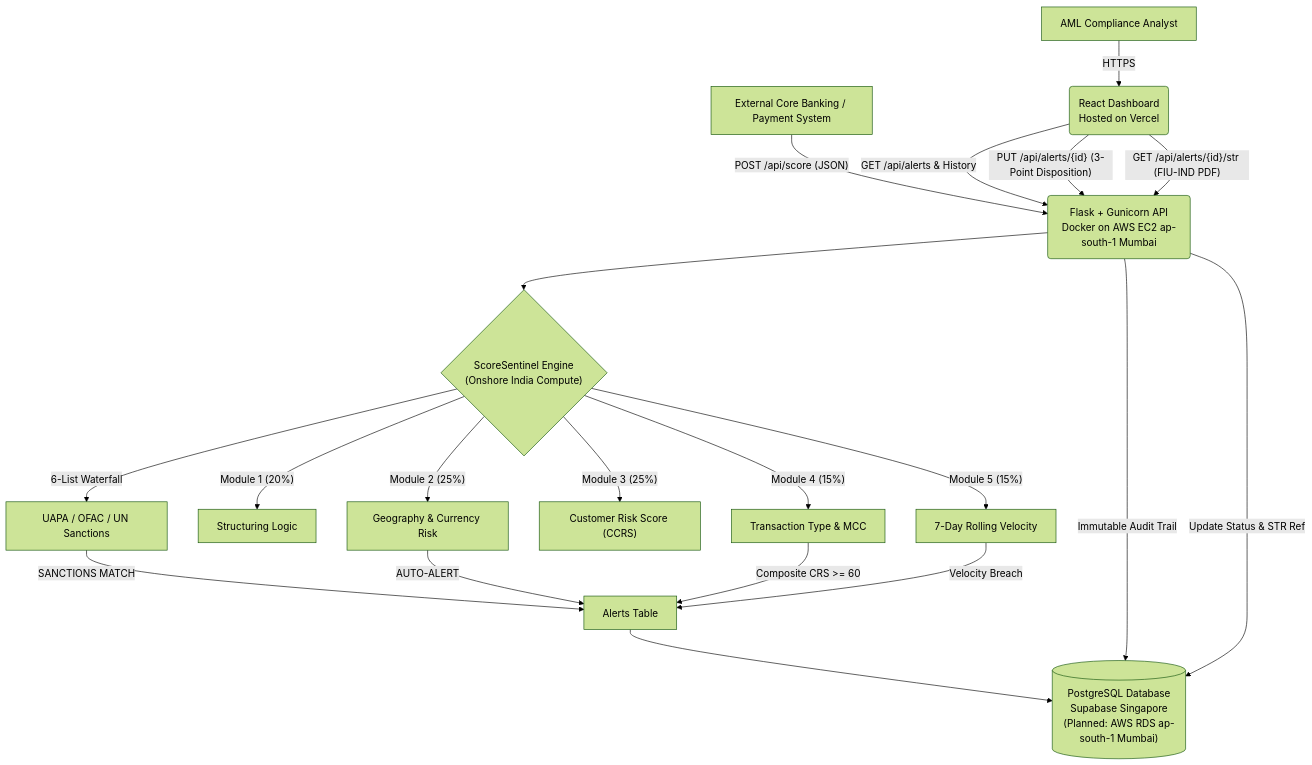
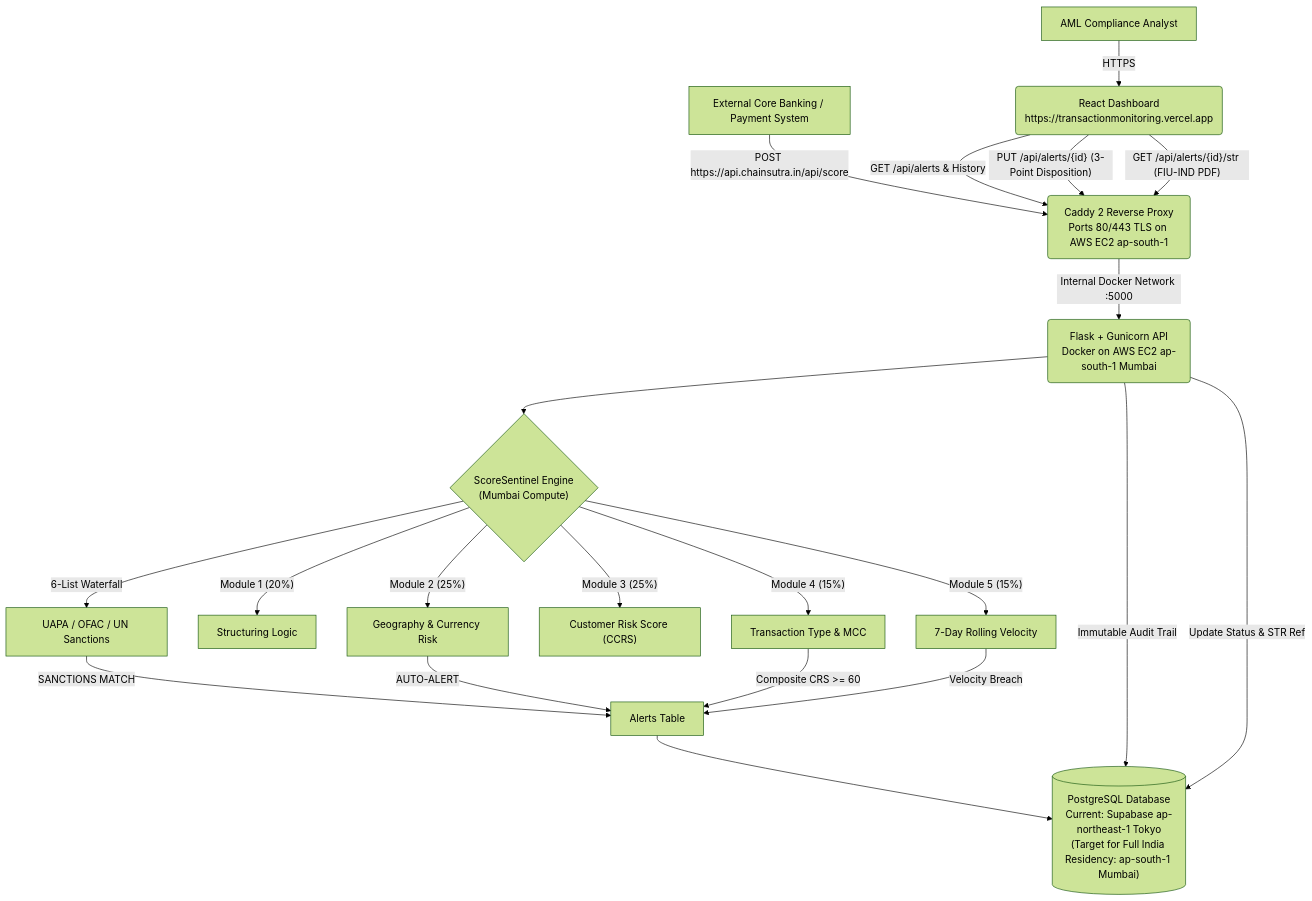
One commit to atulkrishnan18-wq/transactionmonitoring changed the diagram in docs/TECH_STACK_EXPLAINED.md. Above: the diagram before and after it, drawn with Mermaid (forest theme). The commit also changed other lines of this file and 21 other files, not shown here.

Commit message:
chore(deploy): harden AWS Mumbai deployment, Caddy TLS, startup key check, and STR demo header

````diff
--- a/docs/TECH_STACK_EXPLAINED.md
+++ b/docs/TECH_STACK_EXPLAINED.md
@@ -57,25 +60,26 @@
 ```mermaid
 graph TD
-    A["External Core Banking / Payment System"] -->|"POST /api/score (JSON)"| B("Flask + Gunicorn API<br/>Docker on AWS EC2 ap-south-1 Mumbai")
-    B --> C{"ScoreSentinel Engine<br/>(Onshore India Compute)"}
+    A["External Core Banking / Payment System"] -->|"POST https://api.chainsutra.in/api/score"| P("Caddy 2 Reverse Proxy<br/>Ports 80/443 TLS on AWS EC2 ap-south-1")
+    P -->|"Internal Docker Network :5000"| B("Flask + Gunicorn API<br/>Docker on AWS EC2 ap-south-1 Mumbai")
+    B --> C{"ScoreSentinel Engine<br/>(Mumbai Compute)"}
     C -->|"6-List Waterfall"| S["UAPA / OFAC / UN Sanctions"]
     C -->|"Module 1 (20%)"| D["Structuring Logic"]
     C -->|"Module 2 (25%)"| E["Geography & Currency Risk"]
     C -->|"Module 3 (25%)"| F["Customer Risk Score (CCRS)"]
     C -->|"Module 4 (15%)"| G["Transaction Type & MCC"]
     C -->|"Module 5 (15%)"| V["7-Day Rolling Velocity"]
 
     S -->|"SANCTIONS MATCH"| H["Alerts Table"]
     E -->|"AUTO-ALERT"| H
     G -->|"Composite CRS >= 60"| H
     V -->|"Velocity Breach"| H
 
-    H --> I[("PostgreSQL Database<br/>Supabase Singapore<br/>(Planned: AWS RDS ap-south-1 Mumbai)")]
+    H --> I[("PostgreSQL Database<br/>Current: Supabase ap-northeast-1 Tokyo<br/>(Target for Full India Residency: ap-south-1 Mumbai)")]
     B -->|"Immutable Audit Trail"| I
 
-    J["AML Compliance Analyst"] -->|"HTTPS"| K("React Dashboard<br/>Hosted on Vercel")
-    K -->|"GET /api/alerts & History"| B
-    K -->|"PUT /api/alerts/{id} (3-Point Disposition)"| B
-    K -->|"GET /api/alerts/{id}/str (FIU-IND PDF)"| B
+    J["AML Compliance Analyst"] -->|"HTTPS"| K("React Dashboard<br/>https://transactionmonitoring.vercel.app")
+    K -->|"GET /api/alerts & History"| P
+    K -->|"PUT /api/alerts/{id} (3-Point Disposition)"| P
+    K -->|"GET /api/alerts/{id}/str (FIU-IND PDF)"| P
     B -->|"Update Status & STR Ref"| I
 ```
````
